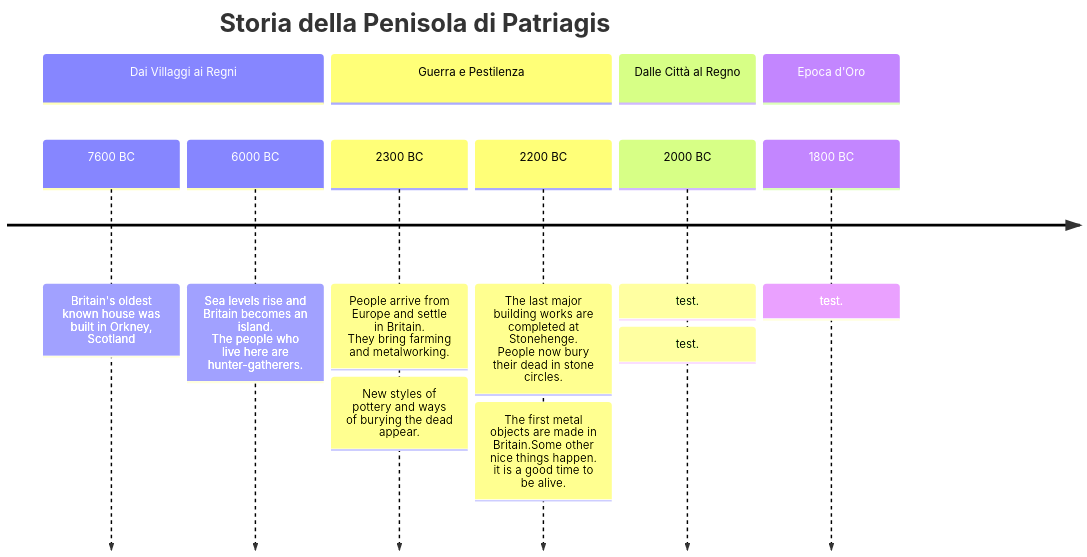
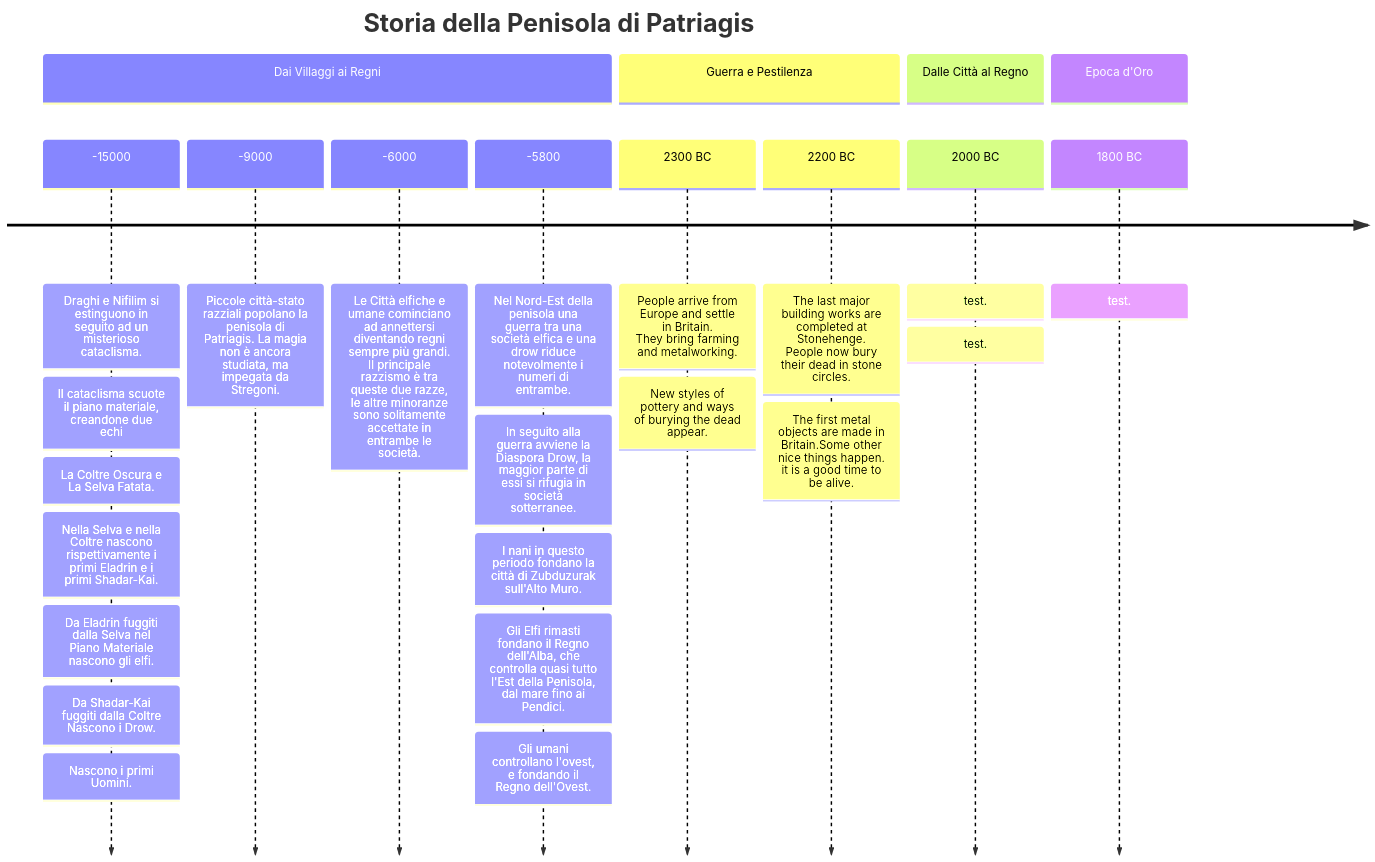
One commit to michelepapucci/explore-patriagis changed the diagram in content/Storia della Penisola di Patriagis.md. Above: the diagram before and after it, drawn with Mermaid. The commit also changed other lines of this file and 1 other file, not shown here.

Commit message:
Quartz sync: Mar 30, 2024, 9:04 PM

````diff
--- a/content/Storia della Penisola di Patriagis.md
+++ b/content/Storia della Penisola di Patriagis.md
@@ -1,17 +1,28 @@
 ```mermaid
 timeline
         title Storia della Penisola di Patriagis
         section Dai Villaggi ai Regni
-          7600 BC : Britain's oldest known house was built in Orkney, Scotland
-          6000 BC : Sea levels rise and Britain becomes an island.<br> The people who live here are hunter-gatherers.
+        -15000 : Draghi e Nifilim si estinguono in seguito ad un misterioso cataclisma.
+			    : Il cataclisma scuote il piano materiale, creandone due echi: La Coltre Oscura e La Selva  Fatata.
+				: Nella Selva e nella Coltre nascono rispettivamente i primi Eladrin e i primi Shadar-Kai.
+				: Da Eladrin fuggiti dalla Selva nel Piano Materiale nascono gli elfi.
+				: Da Shadar-Kai fuggiti dalla Coltre Nascono i Drow.
+				: Nascono i primi Uomini. 	
+		-9000: Piccole città-stato razziali popolano la penisola di Patriagis. La magia non è ancora studiata, ma impegata da Stregoni.
+		-6000: Le Città elfiche e umane cominciano ad annettersi diventando regni sempre più grandi. Il principale razzismo è tra queste due razze, le altre minoranze sono solitamente accettate in entrambe le società. 
+		-5800: Nel Nord-Est della penisola una guerra tra una società elfica e una drow riduce notevolmente i numeri di entrambe.
+			: In seguito alla guerra avviene la Diaspora Drow, la maggior parte di essi si rifugia in società sotterranee. 
+			: I nani in questo periodo fondano la città di Zubduzurak sull'Alto Muro. 
+			: Gli Elfi rimasti fondano il Regno dell'Alba, che controlla quasi tutto l'Est della Penisola, dal mare fino ai Pendici. 
+			: Gli umani controllano l'ovest, e fondando il Regno dell'Ovest.
         section Guerra e Pestilenza
           2300 BC : People arrive from Europe and settle in Britain. <br>They bring farming and metalworking.
                   : New styles of pottery and ways of burying the dead appear.
           2200 BC : The last major building works are completed at Stonehenge.<br> People now bury their dead in stone circles.
                   : The first metal objects are made in Britain.Some other nice things happen. it is a good time to be alive.
 	    section Dalle Città al Regno
 			2000 BC : test.
 					: test.	    
 	    section Epoca d'Oro
 			1800 BC : test.
 ```
````
